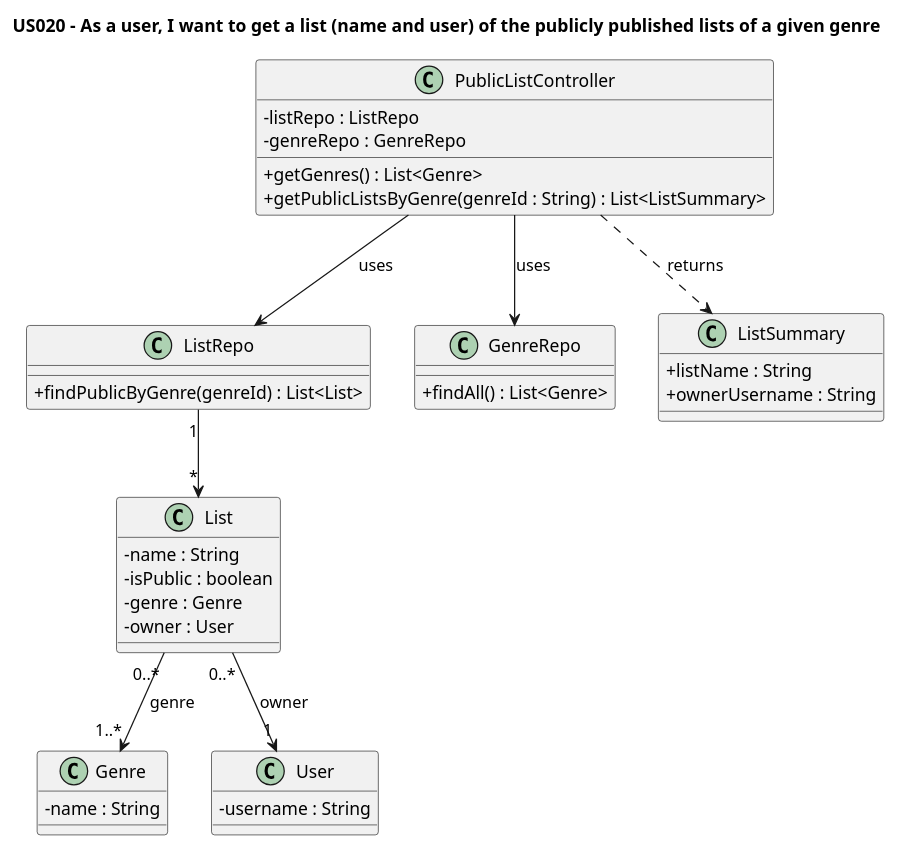
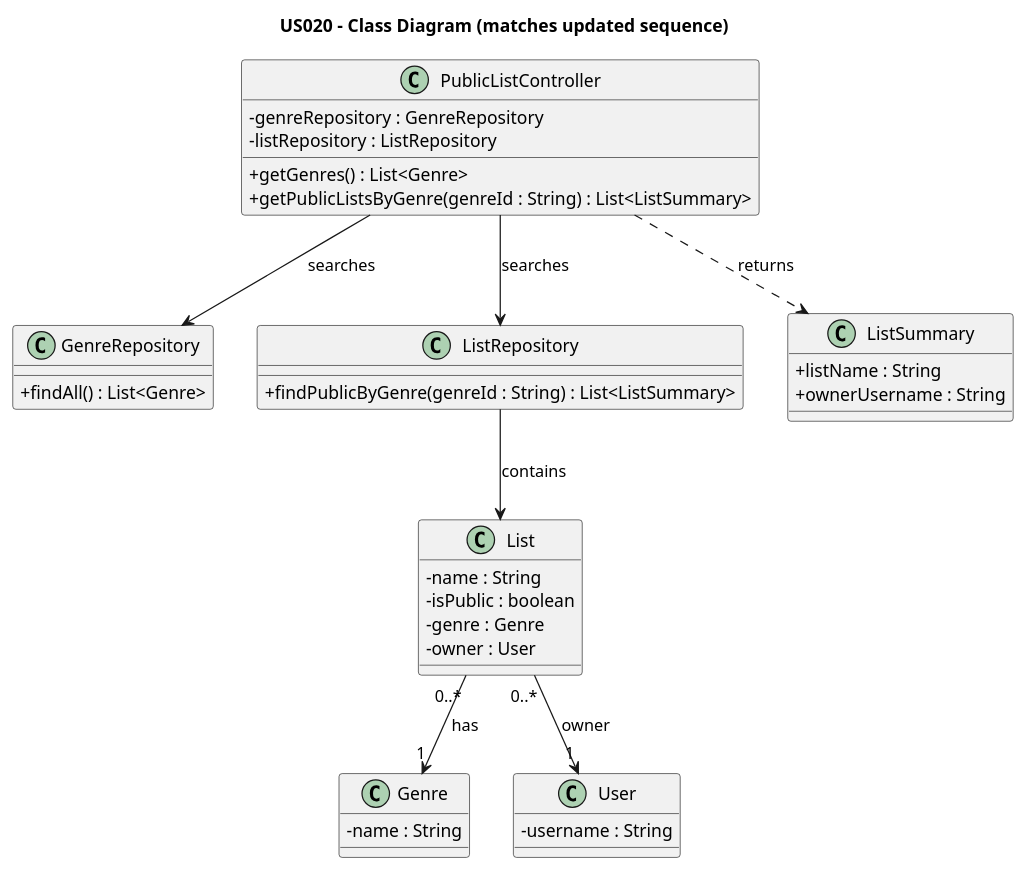
Before and after one commit to AndrePereiraGitH/SWitCH-Project-Team_A: the diagram in Diagrams/ClassDiagrams/US020-to-get-list-of-public-lists-of-a-given-genre.puml, drawn with PlantUML. The commit also changed 5 other files, not shown here.

Commit message:
Updates for #41 and #42, updated all diagrams

```diff
--- a/Diagrams/ClassDiagrams/US020-to-get-list-of-public-lists-of-a-given-genre.puml
+++ b/Diagrams/ClassDiagrams/US020-to-get-list-of-public-lists-of-a-given-genre.puml
@@ -1,51 +1,52 @@
 @startuml
-
 skinparam classAttributeIconSize 0
 
-title US020 - As a user, I want to get a list (name and user) of the publicly published lists of a given genre
+title US020 - Class Diagram (matches updated sequence)
 
 class PublicListController {
-  -listRepo : ListRepo
-  -genreRepo : GenreRepo
+  -genreRepository : GenreRepository
+  -listRepository : ListRepository
   +getGenres() : List<Genre>
   +getPublicListsByGenre(genreId : String) : List<ListSummary>
 }
 
-class ListRepo {
-  +findPublicByGenre(genreId) : List<List>
-}
-
-class GenreRepo {
+class GenreRepository {
   +findAll() : List<Genre>
 }
 
-class List {
-  -name : String
-  -isPublic : boolean
-  -genre : Genre
-  -owner : User
+class ListRepository {
+  +findPublicByGenre(genreId : String) : List<ListSummary>
 }
 
 class Genre {
   -name : String
 }
 
 class User {
   -username : String
 }
 
+class List {
+  -name : String
+  -isPublic : boolean
+  -genre : Genre
+  -owner : User
+}
+
 class ListSummary {
   +listName : String
   +ownerUsername : String
 }
 
-PublicListController --> ListRepo : uses
-PublicListController --> GenreRepo : uses
+PublicListController --> GenreRepository : searches
+PublicListController --> ListRepository : searches
 
-List "0..*" --> "1..*" Genre : genre
+ListRepository --> List : contains
+
+List "0..*" --> "1" Genre : has
 List "0..*" --> "1" User : owner
-ListRepo "1" --> "*" List
 
 PublicListController ..> ListSummary : returns
 
+
 @enduml
```
